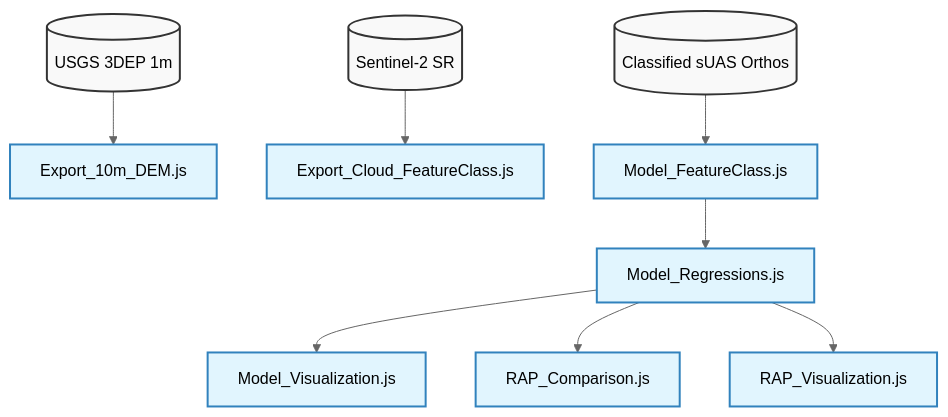
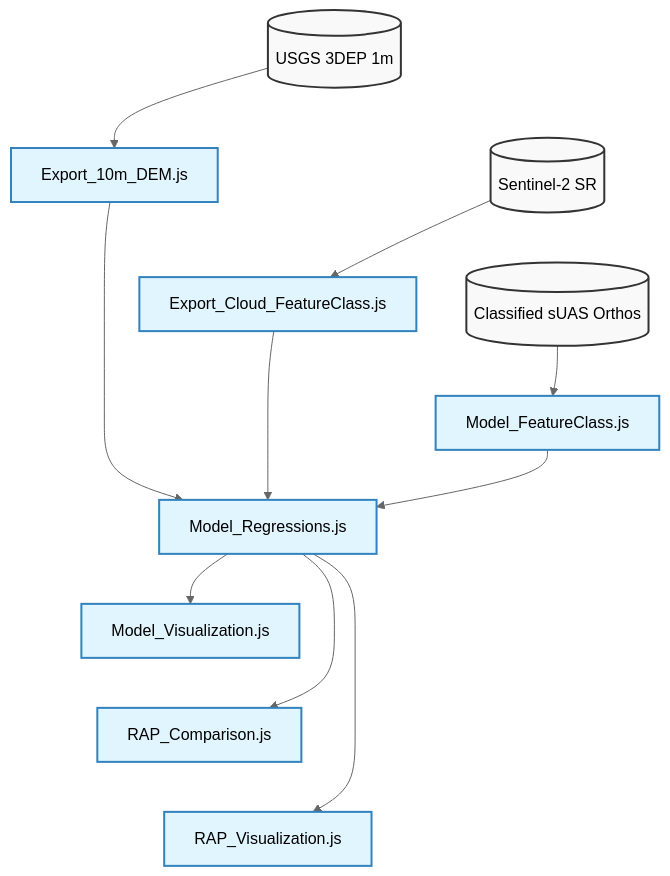
The diagram in README.md (afullhart/SantaRita), drawn with Mermaid (neutral theme) before and after one commit.

````diff
--- a/README.md
+++ b/README.md
@@ -2,34 +2,50 @@
 ```mermaid
 graph TD
     classDef input fill:#f9f9f9,stroke:#333,stroke-width:2px;
     classDef script fill:#e1f5fe,stroke:#3182bd,stroke-width:2px;
+    classDef invisible stroke-width:0px, color:transparent;
 
-    %% Data Sources
+    %% Data Sources (Top Row)
     DEM_Raw[(USGS 3DEP 1m)]:::input
     S2_Raw[(Sentinel-2 SR)]:::input
     UAS_Raw[(Classified sUAS Orthos)]:::input
 
-    %% Processing Scripts
+    %% Processing Scripts (Second Row)
     DEM_Export[Export_10m_DEM.js]:::script
     Cloud_Export[Export_Cloud_FeatureClass.js]:::script
     FC_Model[Model_FeatureClass.js]:::script
 
-    %% Modeling Core
+    %% Central Chokepoint (Third Row)
     Reg_Model[Model_Regressions.js]:::script
 
-    %% Visualization & Analysis
+    %% Visualization Scripts (Bottom Row)
     Vis_Model[Model_Visualization.js]:::script
     Comp_RAP[RAP_Comparison.js]:::script
     Vis_RAP[RAP_Visualization.js]:::script
 
-    %% Flow (Strictly matching the drawing)
+    %% Flow Definitions
     DEM_Raw --> DEM_Export
     S2_Raw --> Cloud_Export
     UAS_Raw --> FC_Model
 
+    %% Funnel into the regression script
+    DEM_Export --> Reg_Model
+    Cloud_Export --> Reg_Model
     FC_Model --> Reg_Model
 
+    %% Fan out to the visualization scripts
     Reg_Model --> Vis_Model
     Reg_Model --> Comp_RAP
     Reg_Model --> Vis_RAP
+
+    %% --- INVISIBLE LINKS TO FORCE LAYOUT ---
+    %% These force the top and bottom rows to render horizontally next to each other
+    DEM_Raw ~~~ S2_Raw
+    S2_Raw ~~~ UAS_Raw
+    
+    DEM_Export ~~~ Cloud_Export
+    Cloud_Export ~~~ FC_Model
+    
+    Vis_Model ~~~ Comp_RAP
+    Comp_RAP ~~~ Vis_RAP
 ```
````
